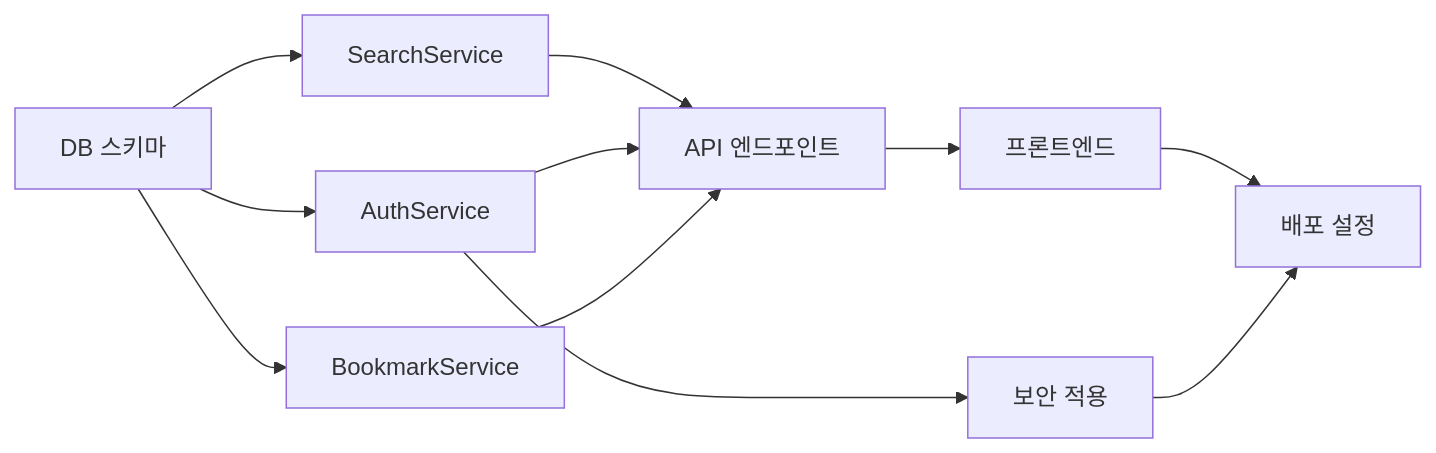
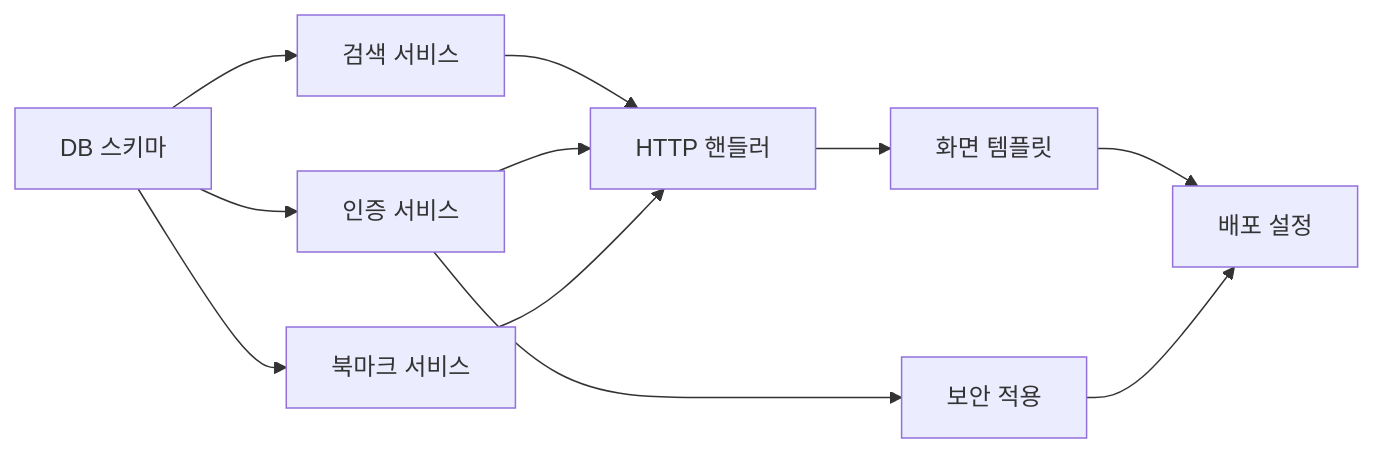
One commit to jloveonly-prog/the-scripture-aidd changed the diagram in the-scripture-aidd/parable-비유/04.development-repentance-회개/task-wall-성벽-example.md. Above: the diagram before and after it, drawn with Mermaid. The commit also changed other lines of this file and 14 other files, not shown here.

````diff
--- a/the-scripture-aidd/parable-비유/04.development-repentance-회개/task-wall-성벽-example.md
+++ b/the-scripture-aidd/parable-비유/04.development-repentance-회개/task-wall-성벽-example.md
@@ -52,13 +117,13 @@
 ```mermaid
 graph LR
-    TASK-001[DB 스키마] --> TASK-002[SearchService]
-    TASK-001 --> TASK-003[AuthService]
-    TASK-001 --> TASK-004[BookmarkService]
-    TASK-002 --> TASK-005[API 엔드포인트]
+    TASK-001[DB 스키마] --> TASK-002[검색 서비스]
+    TASK-001 --> TASK-003[인증 서비스]
+    TASK-001 --> TASK-004[북마크 서비스]
+    TASK-002 --> TASK-005[HTTP 핸들러]
     TASK-003 --> TASK-005
     TASK-004 --> TASK-005
     TASK-003 --> TASK-007[보안 적용]
-    TASK-005 --> TASK-006[프론트엔드]
+    TASK-005 --> TASK-006[화면 템플릿]
     TASK-006 --> TASK-008[배포 설정]
     TASK-007 --> TASK-008
 ```
````
